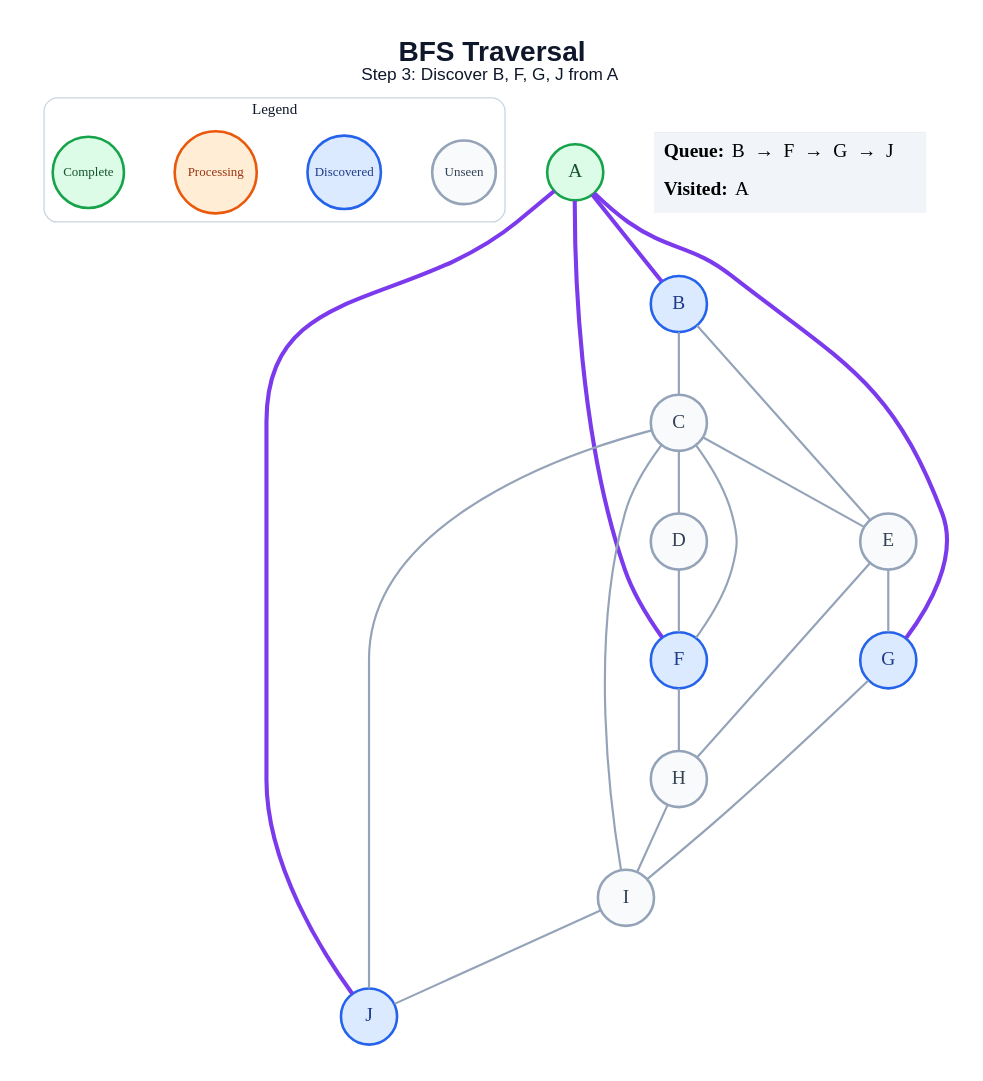
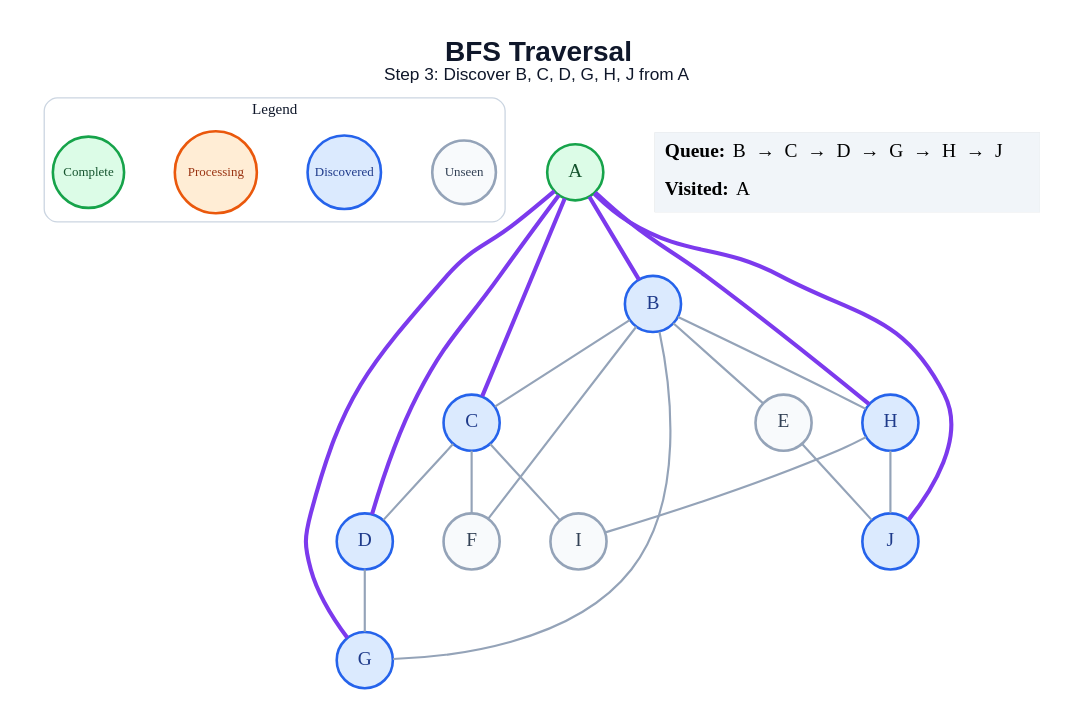
Before and after one commit to amanghodawala9/ai-slop: the diagram in generated/bfs/step_03.dot, drawn with Graphviz. The commit also changed 178 other files, not shown here.

```diff
--- a/generated/bfs/step_03.dot
+++ b/generated/bfs/step_03.dot
@@ -1,47 +1,47 @@
 graph traversal {
   graph [layout=dot, rankdir=TB, bgcolor="#FFFFFF", pad="0.35", nodesep="0.65", ranksep="0.8", fontname="Arial"];
   node [shape=circle, style="filled", fontname="Arial Bold", fontsize=18, width=0.72, fixedsize=true, penwidth=2.4];
   edge [color="#94A3B8", penwidth=2.0];
-  label=<<B>BFS Traversal</B><BR/><FONT POINT-SIZE="16">Step 3: Discover B, F, G, J from A</FONT>>; labelloc="t"; fontsize=26; fontname="Arial"; fontcolor="#0F172A";
+  label=<<B>BFS Traversal</B><BR/><FONT POINT-SIZE="16">Step 3: Discover B, C, D, G, H, J from A</FONT>>; labelloc="t"; fontsize=26; fontname="Arial"; fontcolor="#0F172A";
   subgraph cluster_legend { label="Legend"; color="#CBD5E1"; penwidth=1.2; style="rounded"; fontsize=14; fontname="Arial Bold";
     key_unseen [label="Unseen", fillcolor="#F8FAFC", color="#94A3B8", fontcolor="#334155", fontsize=12, width=0.82];
     key_frontier [label="Discovered", fillcolor="#DBEAFE", color="#2563EB", fontcolor="#1E3A8A", fontsize=12, width=0.95];
     key_current [label="Processing", fillcolor="#FFEDD5", color="#EA580C", fontcolor="#9A3412", fontsize=12, width=1.05];
     key_done [label="Complete", fillcolor="#DCFCE7", color="#16A34A", fontcolor="#14532D", fontsize=12, width=0.92];
     { rank=same; key_unseen; key_frontier; key_current; key_done; }
   }
   A [fillcolor="#DCFCE7", color="#16A34A", fontcolor="#14532D"];
   B [fillcolor="#DBEAFE", color="#2563EB", fontcolor="#1E3A8A"];
-  C [fillcolor="#F8FAFC", color="#94A3B8", fontcolor="#334155"];
-  D [fillcolor="#F8FAFC", color="#94A3B8", fontcolor="#334155"];
+  C [fillcolor="#DBEAFE", color="#2563EB", fontcolor="#1E3A8A"];
+  D [fillcolor="#DBEAFE", color="#2563EB", fontcolor="#1E3A8A"];
   E [fillcolor="#F8FAFC", color="#94A3B8", fontcolor="#334155"];
-  F [fillcolor="#DBEAFE", color="#2563EB", fontcolor="#1E3A8A"];
+  F [fillcolor="#F8FAFC", color="#94A3B8", fontcolor="#334155"];
   G [fillcolor="#DBEAFE", color="#2563EB", fontcolor="#1E3A8A"];
-  H [fillcolor="#F8FAFC", color="#94A3B8", fontcolor="#334155"];
+  H [fillcolor="#DBEAFE", color="#2563EB", fontcolor="#1E3A8A"];
   I [fillcolor="#F8FAFC", color="#94A3B8", fontcolor="#334155"];
   J [fillcolor="#DBEAFE", color="#2563EB", fontcolor="#1E3A8A"];
   A -- B [color="#7C3AED", penwidth=3.8];
-  A -- F [color="#7C3AED", penwidth=3.8];
+  A -- C [color="#7C3AED", penwidth=3.8];
+  A -- D [color="#7C3AED", penwidth=3.8];
   A -- G [color="#7C3AED", penwidth=3.8];
+  A -- H [color="#7C3AED", penwidth=3.8];
   A -- J [color="#7C3AED", penwidth=3.8];
   B -- C;
   B -- E;
+  B -- F;
+  B -- G;
+  B -- H;
   C -- D;
-  C -- E;
   C -- F;
   C -- I;
-  C -- J;
-  D -- F;
-  E -- G;
-  E -- H;
-  F -- H;
-  G -- I;
+  D -- G;
+  E -- J;
   H -- I;
-  I -- J;
+  H -- J;
   status [shape=plain, fixedsize=false, width=0, height=0, margin=0, label=<
     <TABLE BORDER="0" CELLBORDER="0" CELLPADDING="7" BGCOLOR="#F1F5F9">
-      <TR><TD ALIGN="LEFT"><B>Queue:</B> B  →  F  →  G  →  J</TD></TR>
+      <TR><TD ALIGN="LEFT"><B>Queue:</B> B  →  C  →  D  →  G  →  H  →  J</TD></TR>
       <TR><TD ALIGN="LEFT"><B>Visited:</B> A</TD></TR>
     </TABLE>
   >];
 }
```
